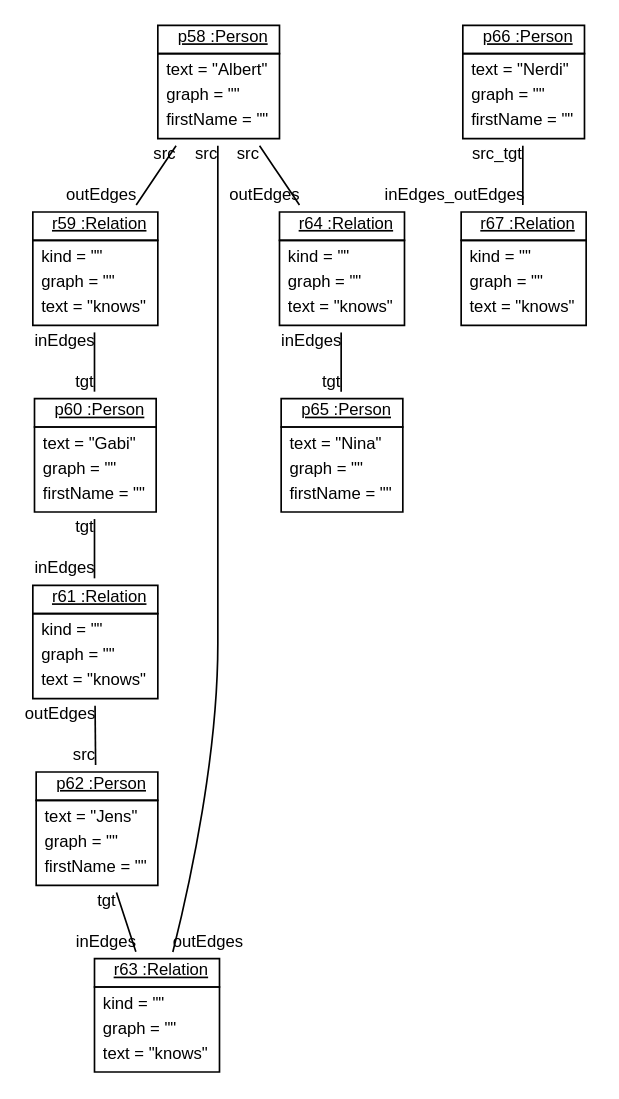
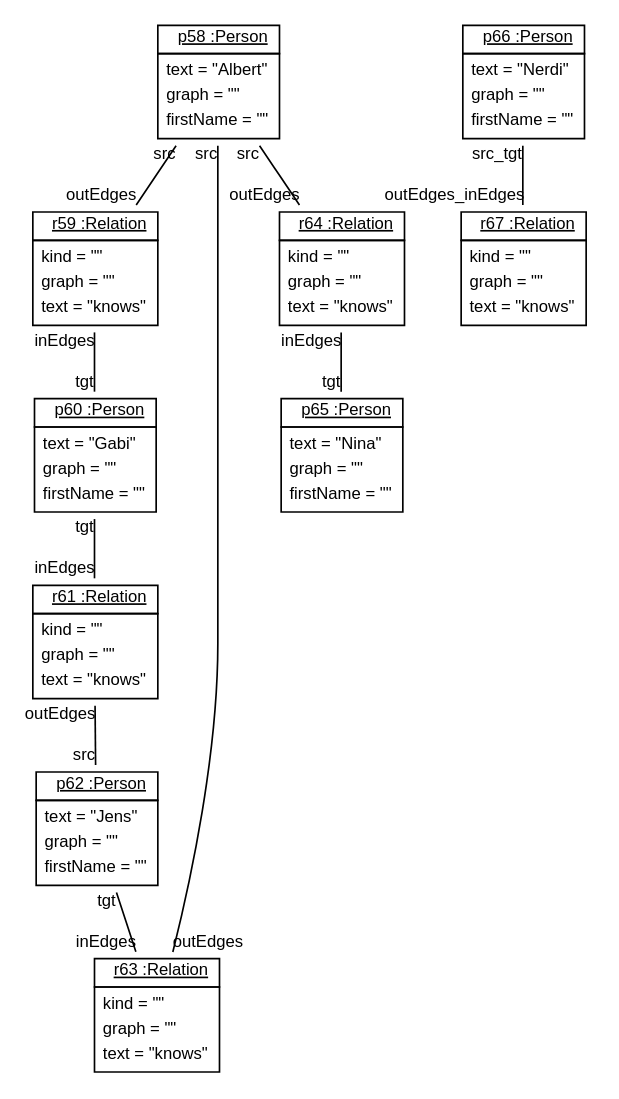
The diagram in doc/BanfM2MTransformation20.dot (fujaba/SDMLib), drawn with Graphviz before and after one commit. The commit also changed 167 other files, not shown here.

```diff
--- a/doc/BanfM2MTransformation20.dot
+++ b/doc/BanfM2MTransformation20.dot
@@ -1,26 +1,26 @@
 graph ObjectDiagram {
    node [shape = none, fontsize = 10, fontname = "Arial"];
    edge [fontsize = 10, fontname = "Arial"];
    compound=true;
 
 p58 [label=<<table border='0' cellborder='1' cellspacing='0'> <tr> <td href="../examples/org/sdmlib/examples/m2m/Person.java"> <u>p58 :Person</u></td></tr><tr><td><table border='0' cellborder='0' cellspacing='0'><tr><td align='left'>text = "Albert"</td></tr><tr><td align='left'>graph = ""</td></tr><tr><td align='left'>firstName = ""</td></tr></table></td></tr></table>>];
 r59 [label=<<table border='0' cellborder='1' cellspacing='0'> <tr> <td href="../examples/org/sdmlib/examples/m2m/Relation.java"> <u>r59 :Relation</u></td></tr><tr><td><table border='0' cellborder='0' cellspacing='0'><tr><td align='left'>kind = ""</td></tr><tr><td align='left'>graph = ""</td></tr><tr><td align='left'>text = "knows"</td></tr></table></td></tr></table>>];
 p60 [label=<<table border='0' cellborder='1' cellspacing='0'> <tr> <td href="../examples/org/sdmlib/examples/m2m/Person.java"> <u>p60 :Person</u></td></tr><tr><td><table border='0' cellborder='0' cellspacing='0'><tr><td align='left'>text = "Gabi"</td></tr><tr><td align='left'>graph = ""</td></tr><tr><td align='left'>firstName = ""</td></tr></table></td></tr></table>>];
 r61 [label=<<table border='0' cellborder='1' cellspacing='0'> <tr> <td href="../examples/org/sdmlib/examples/m2m/Relation.java"> <u>r61 :Relation</u></td></tr><tr><td><table border='0' cellborder='0' cellspacing='0'><tr><td align='left'>kind = ""</td></tr><tr><td align='left'>graph = ""</td></tr><tr><td align='left'>text = "knows"</td></tr></table></td></tr></table>>];
 p62 [label=<<table border='0' cellborder='1' cellspacing='0'> <tr> <td href="../examples/org/sdmlib/examples/m2m/Person.java"> <u>p62 :Person</u></td></tr><tr><td><table border='0' cellborder='0' cellspacing='0'><tr><td align='left'>text = "Jens"</td></tr><tr><td align='left'>graph = ""</td></tr><tr><td align='left'>firstName = ""</td></tr></table></td></tr></table>>];
 r63 [label=<<table border='0' cellborder='1' cellspacing='0'> <tr> <td href="../examples/org/sdmlib/examples/m2m/Relation.java"> <u>r63 :Relation</u></td></tr><tr><td><table border='0' cellborder='0' cellspacing='0'><tr><td align='left'>kind = ""</td></tr><tr><td align='left'>graph = ""</td></tr><tr><td align='left'>text = "knows"</td></tr></table></td></tr></table>>];
 r64 [label=<<table border='0' cellborder='1' cellspacing='0'> <tr> <td href="../examples/org/sdmlib/examples/m2m/Relation.java"> <u>r64 :Relation</u></td></tr><tr><td><table border='0' cellborder='0' cellspacing='0'><tr><td align='left'>kind = ""</td></tr><tr><td align='left'>graph = ""</td></tr><tr><td align='left'>text = "knows"</td></tr></table></td></tr></table>>];
 p65 [label=<<table border='0' cellborder='1' cellspacing='0'> <tr> <td href="../examples/org/sdmlib/examples/m2m/Person.java"> <u>p65 :Person</u></td></tr><tr><td><table border='0' cellborder='0' cellspacing='0'><tr><td align='left'>text = "Nina"</td></tr><tr><td align='left'>graph = ""</td></tr><tr><td align='left'>firstName = ""</td></tr></table></td></tr></table>>];
 p66 [label=<<table border='0' cellborder='1' cellspacing='0'> <tr> <td href="../examples/org/sdmlib/examples/m2m/Person.java"> <u>p66 :Person</u></td></tr><tr><td><table border='0' cellborder='0' cellspacing='0'><tr><td align='left'>text = "Nerdi"</td></tr><tr><td align='left'>graph = ""</td></tr><tr><td align='left'>firstName = ""</td></tr></table></td></tr></table>>];
 r67 [label=<<table border='0' cellborder='1' cellspacing='0'> <tr> <td href="../examples/org/sdmlib/examples/m2m/Relation.java"> <u>r67 :Relation</u></td></tr><tr><td><table border='0' cellborder='0' cellspacing='0'><tr><td align='left'>kind = ""</td></tr><tr><td align='left'>graph = ""</td></tr><tr><td align='left'>text = "knows"</td></tr></table></td></tr></table>>];
 
 p58 -- r59 [headlabel = "outEdges" taillabel = "src"];
 p58 -- r63 [headlabel = "outEdges" taillabel = "src"];
 p58 -- r64 [headlabel = "outEdges" taillabel = "src"];
 r59 -- p60 [headlabel = "tgt" taillabel = "inEdges"];
 p60 -- r61 [headlabel = "inEdges" taillabel = "tgt"];
 r61 -- p62 [headlabel = "src" taillabel = "outEdges"];
 p62 -- r63 [headlabel = "inEdges" taillabel = "tgt"];
 r64 -- p65 [headlabel = "tgt" taillabel = "inEdges"];
-p66 -- r67 [headlabel = "inEdges_outEdges" taillabel = "src_tgt"];
+p66 -- r67 [headlabel = "outEdges_inEdges" taillabel = "src_tgt"];
 }
```
